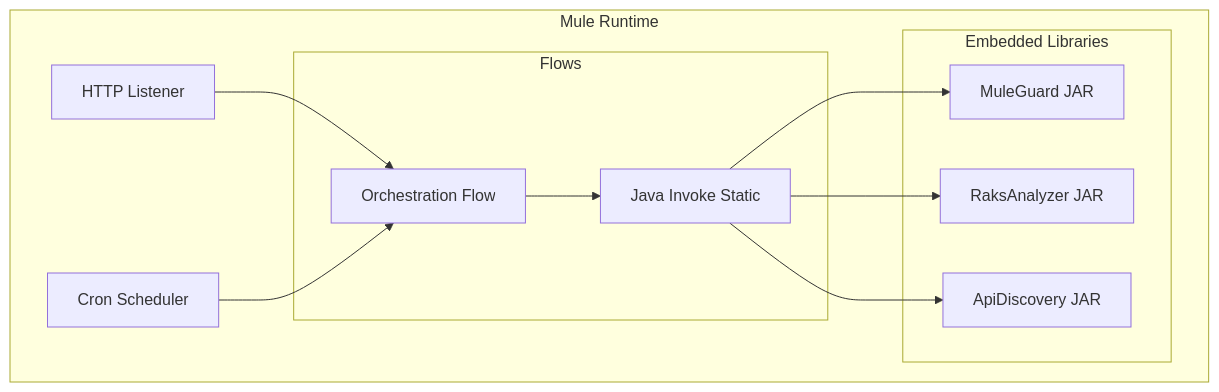
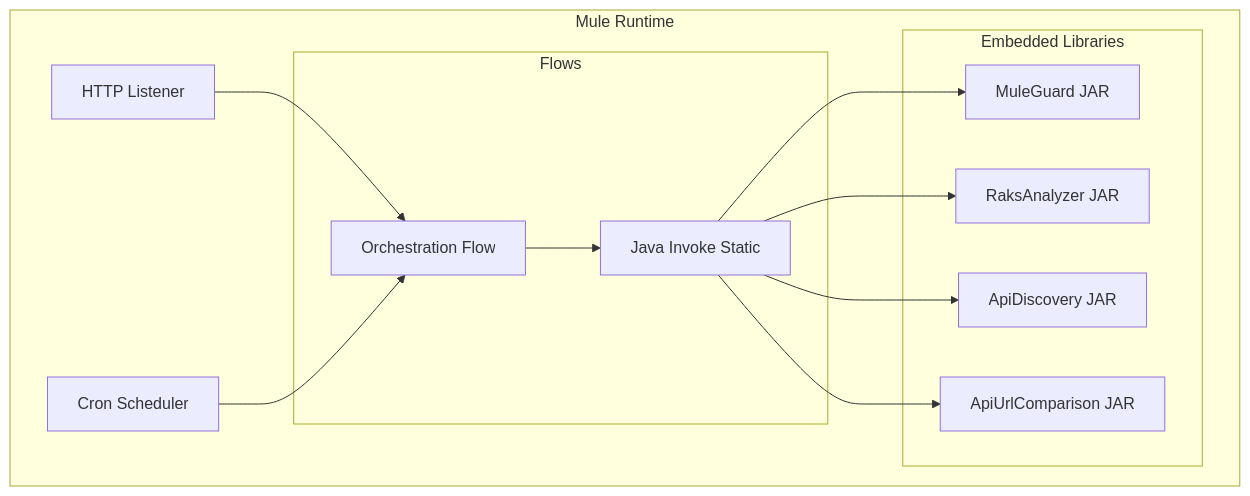
One commit to raksjnu/apiguard changed the diagram in apiguardwrapper/ENTERPRISE_ONBOARDING.md. Above: the diagram before and after it, drawn with Mermaid. The commit also changed other lines of this file and 4 other files, not shown here.

````diff
--- a/apiguardwrapper/ENTERPRISE_ONBOARDING.md
+++ b/apiguardwrapper/ENTERPRISE_ONBOARDING.md
@@ -42,25 +43,27 @@
 ```mermaid
 graph TB
     subgraph "Mule Runtime"
         API[HTTP Listener]
         Scheduler[Cron Scheduler]
         
         subgraph "Flows"
             Orch[Orchestration Flow]
             Java[Java Invoke Static]
         end
         
         subgraph "Embedded Libraries"
             MG[MuleGuard JAR]
             RA[RaksAnalyzer JAR]
             AD[ApiDiscovery JAR]
+            AUC[ApiUrlComparison JAR]
         end
     end
     
     API --> Orch
     Scheduler --> Orch
     Orch --> Java
     Java --> MG
     Java --> RA
     Java --> AD
+    Java --> AUC
 ```
````
